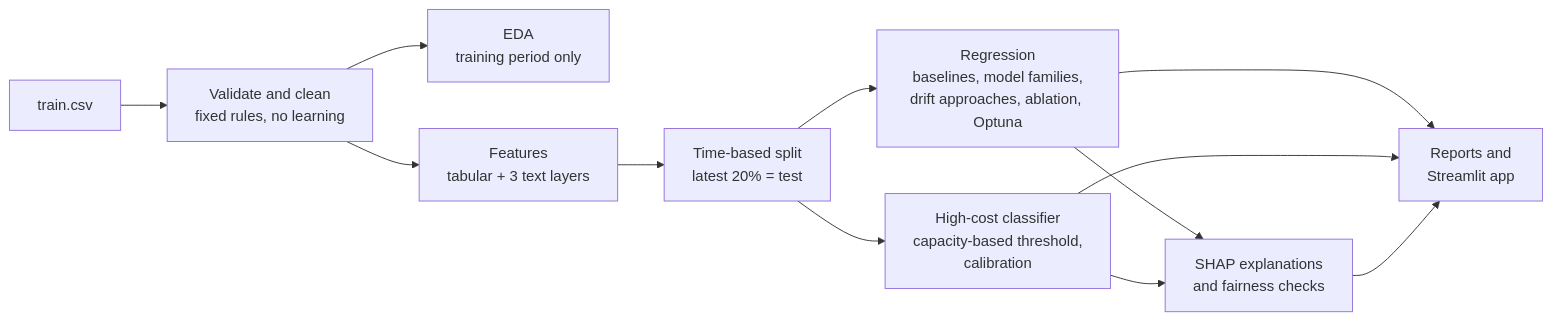
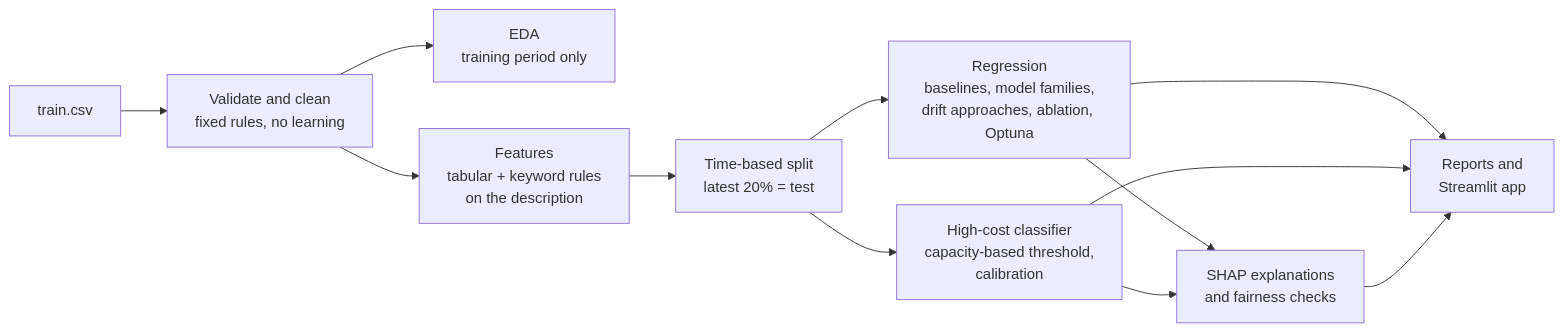
One commit to abahl11/ClaimSense changed the diagram in README.md. Above: the diagram before and after it, drawn with Mermaid. The commit also changed other lines of this file and 42 other files, not shown here.

First line of the commit message:
Simplify text features to keyword rules only

````diff
--- a/README.md
+++ b/README.md
@@ -35,14 +35,14 @@
 ```mermaid
 flowchart LR
     A[train.csv] --> B[Validate and clean<br/>fixed rules, no learning]
     B --> C[EDA<br/>training period only]
-    B --> D[Features<br/>tabular + 3 text layers]
+    B --> D[Features<br/>tabular + keyword rules<br/>on the description]
     D --> E[Time-based split<br/>latest 20% = test]
     E --> F[Regression<br/>baselines, model families,<br/>drift approaches, ablation, Optuna]
     E --> G[High-cost classifier<br/>capacity-based threshold,<br/>calibration]
     F --> H[SHAP explanations<br/>and fairness checks]
     G --> H
     F --> I[Reports and<br/>Streamlit app]
     G --> I
     H --> I
 ```
````
